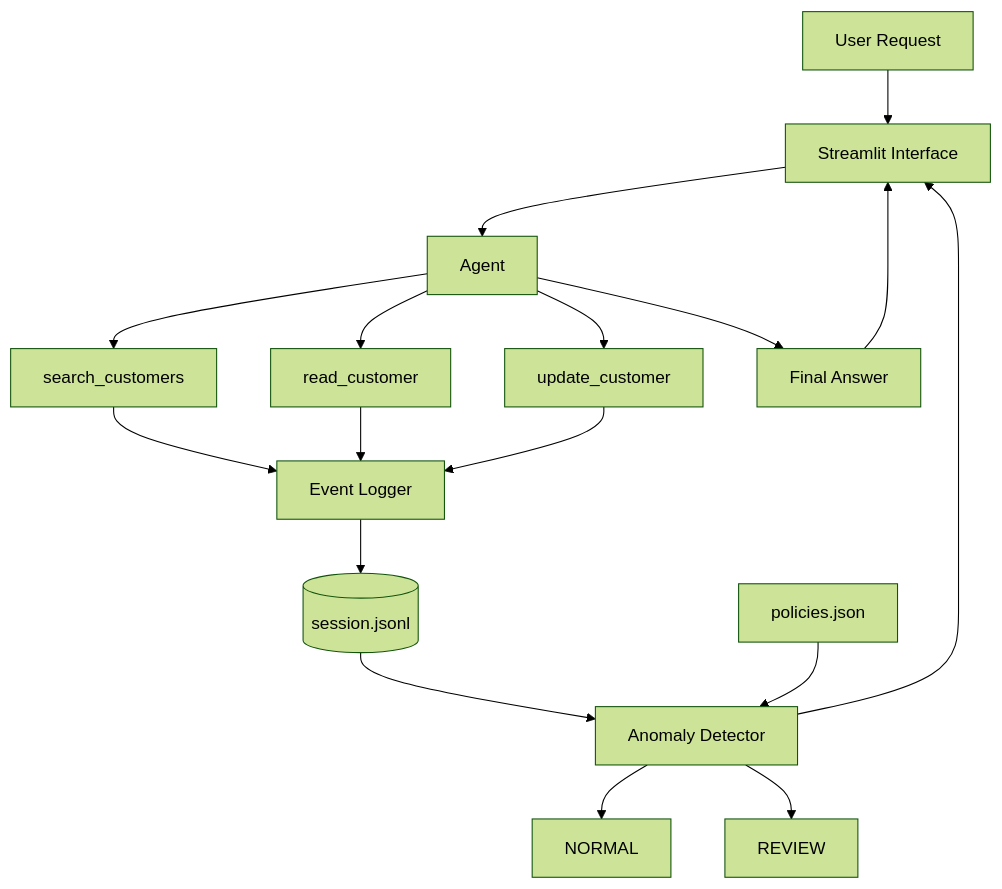
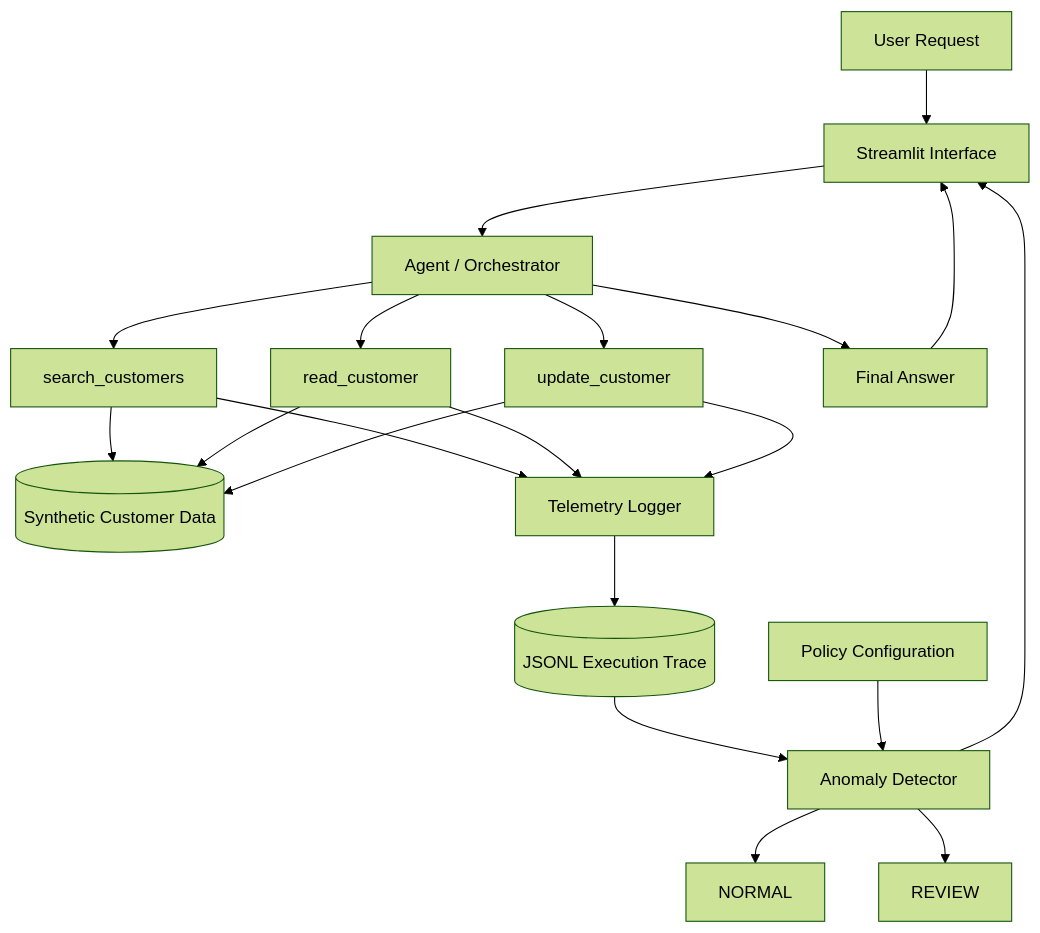
Before and after one commit to Gradensal/agent-flight-recorder: the diagram in README.md, drawn with Mermaid (forest theme). The commit also changed other lines of this file, not shown here.

````diff
--- a/README.md
+++ b/README.md
@@ -53,25 +140,29 @@
 ```mermaid
 flowchart TD
     U[User Request] --> UI[Streamlit Interface]
-    UI --> A[Agent]
+    UI --> A[Agent / Orchestrator]
 
     A --> S[search_customers]
     A --> R[read_customer]
     A --> W[update_customer]
 
-    S --> L[Event Logger]
+    S --> DATA[(Synthetic Customer Data)]
+    R --> DATA
+    W --> DATA
+
+    S --> L[Telemetry Logger]
     R --> L
     W --> L
 
-    L --> T[(session.jsonl)]
+    L --> T[(JSONL Execution Trace)]
 
     T --> D[Anomaly Detector]
-    P[policies.json] --> D
+    P[Policy Configuration] --> D
 
     D --> N[NORMAL]
     D --> V[REVIEW]
 
     A --> O[Final Answer]
     O --> UI
     D --> UI
 ```
````
